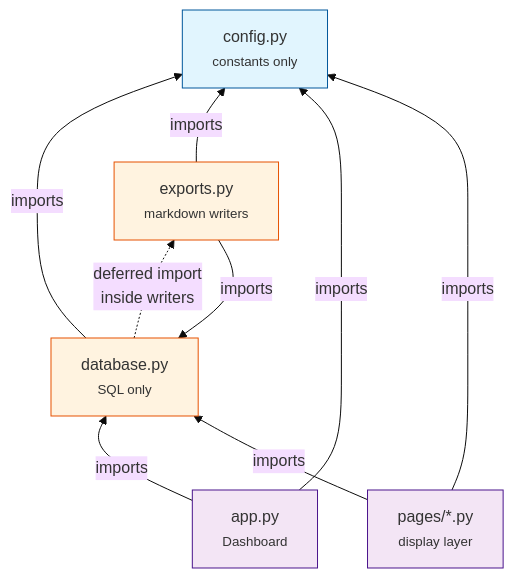
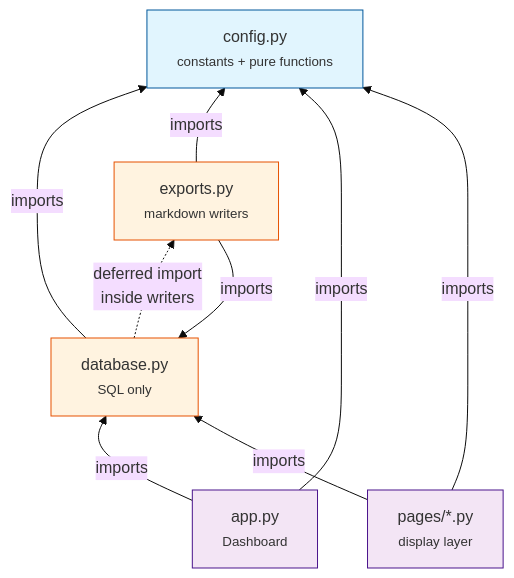
Before and after one commit to YuZh98/academic-application-tracker: the diagram in DESIGN.md, drawn with Mermaid (base theme). The commit also changed other lines of this file, not shown here.

Commit message:
docs(design): fix 8 stale/inaccurate items (versions, removed constants, link column, file tree)

````diff
--- a/DESIGN.md
+++ b/DESIGN.md
@@ -84,25 +84,25 @@
 ```mermaid
 flowchart BT
-    config[config.py<br/><small>constants only</small>]
+    config[config.py<br/><small>constants + pure functions</small>]
     database[database.py<br/><small>SQL only</small>]
     exports[exports.py<br/><small>markdown writers</small>]
     pages[pages/*.py<br/><small>display layer</small>]
     app[app.py<br/><small>Dashboard</small>]
 
     database -->|imports| config
     exports -->|imports| config
     exports -->|imports| database
     app -->|imports| config
     app -->|imports| database
     pages -->|imports| config
     pages -->|imports| database
 
     database -.->|deferred import<br/>inside writers| exports
 
     classDef leaf fill:#e1f5fe,stroke:#01579b
     classDef data fill:#fff3e0,stroke:#e65100
     classDef ui fill:#f3e5f5,stroke:#4a148c
     class config leaf
     class database,exports data
     class app,pages ui
 ```
````
